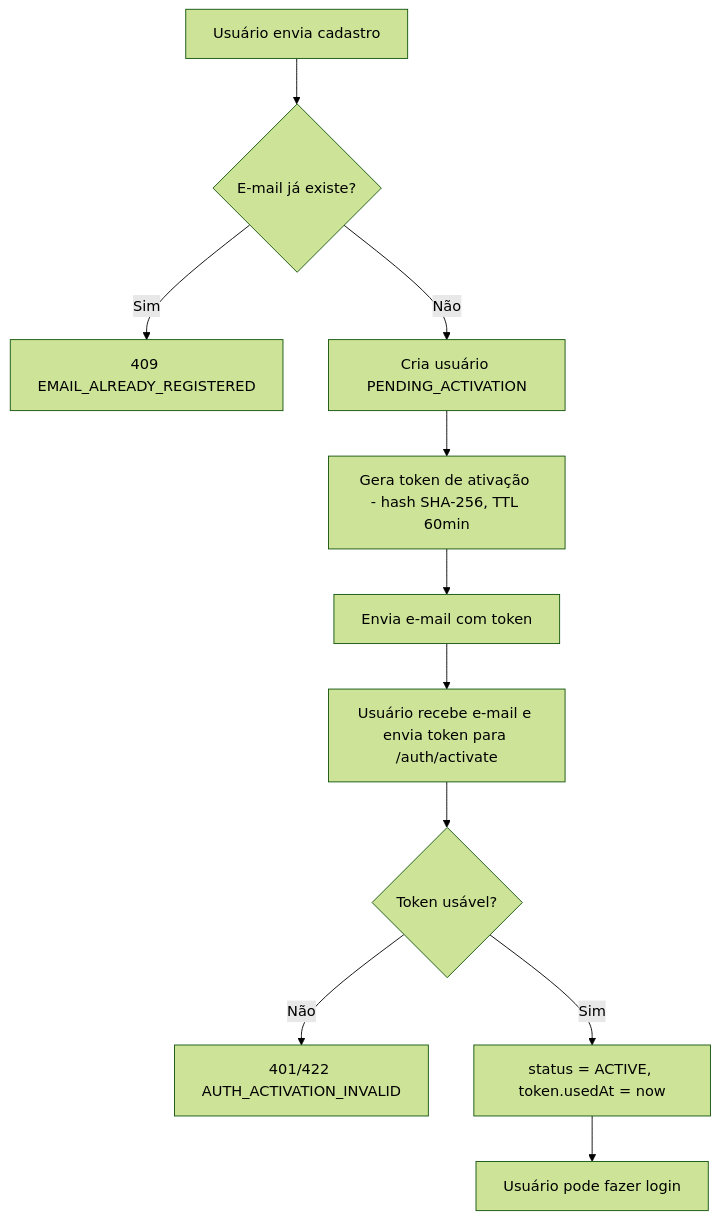
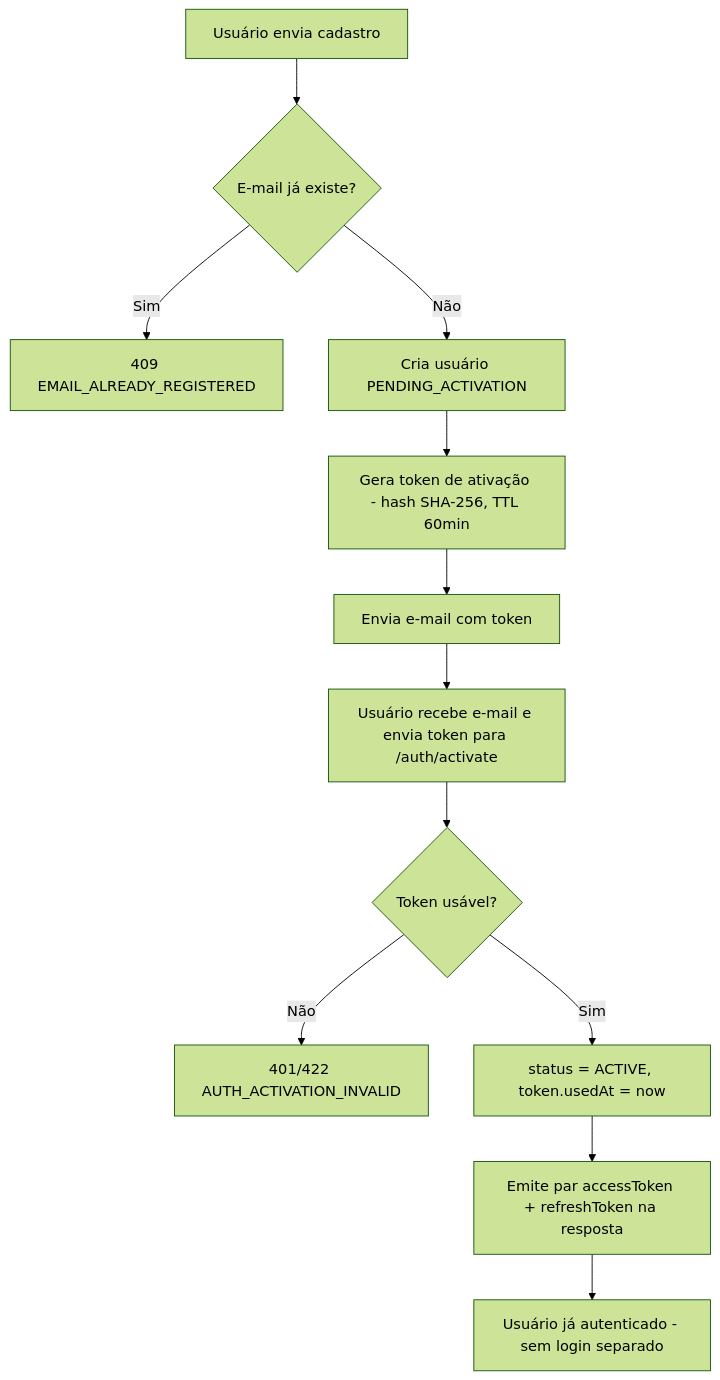
Before and after one commit to Rochafelip/flow-fuel-api: the diagram in docs/business-flows/cadastro-e-ativacao-de-usuario.md, drawn with Mermaid (forest theme). The commit also changed other lines of this file and 2 other files, not shown here.

Commit message:
docs: update activation flow docs for auto-login via magic link

````diff
--- a/docs/business-flows/cadastro-e-ativacao-de-usuario.md
+++ b/docs/business-flows/cadastro-e-ativacao-de-usuario.md
@@ -60,13 +61,14 @@
 ```mermaid
 flowchart TD
     A[Usuário envia cadastro] --> B{E-mail já existe?}
     B -- Sim --> C[409 EMAIL_ALREADY_REGISTERED]
     B -- Não --> D[Cria usuário PENDING_ACTIVATION]
     D --> E[Gera token de ativação - hash SHA-256, TTL 60min]
     E --> F[Envia e-mail com token]
     F --> G[Usuário recebe e-mail e envia token para /auth/activate]
     G --> H{Token usável?}
     H -- Não --> I[401/422 AUTH_ACTIVATION_INVALID]
     H -- Sim --> J[status = ACTIVE, token.usedAt = now]
-    J --> K[Usuário pode fazer login]
+    J --> K[Emite par accessToken + refreshToken na resposta]
+    K --> L[Usuário já autenticado - sem login separado]
 ```
````
